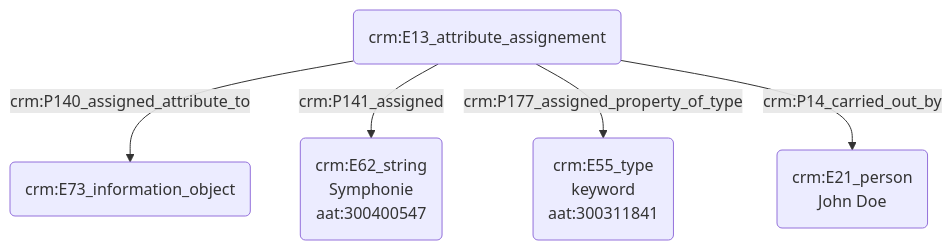
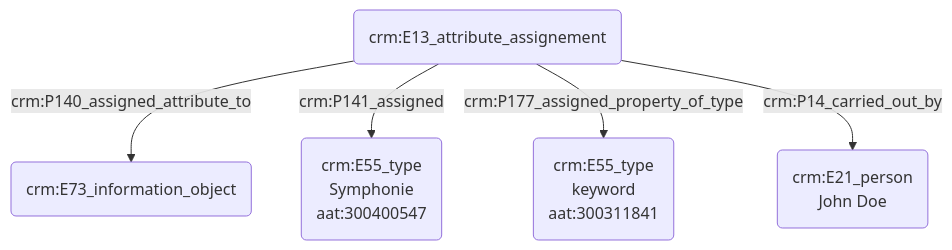
One commit to Amleth/consortium-musica2-gt2-ontologies changed the diagram in modules/livrables/Dossier 2/Indexation conceptuelle/indexation d'une source avec un mot-clé.md. Above: the diagram before and after it, drawn with Mermaid.

Commit message:
Update indexation d'une source avec un mot-clé.md

````diff
--- a/modules/livrables/Dossier 2/Indexation conceptuelle/indexation d'une source avec un mot-clé.md
+++ b/modules/livrables/Dossier 2/Indexation conceptuelle/indexation d'une source avec un mot-clé.md
@@ -17,9 +17,9 @@
 ```mermaid
 graph TD;
 
 D(crm:E13_attribute_assignement) --> |crm:P140_assigned_attribute_to| A(crm:E73_information_object)
-D(crm:E13_attribute_assignement) --> |crm:P141_assigned| B(crm:E62_string<br>Symphonie<br>aat:300400547)
+D(crm:E13_attribute_assignement) --> |crm:P141_assigned| B(crm:E55_type<br>Symphonie<br>aat:300400547)
 D(crm:E13_attribute_assignement) --> |crm:P177_assigned_property_of_type| C(crm:E55_type<br>keyword<br>aat:300311841)
 D(crm:E13_attribute_assignement) --> |crm:P14_carried_out_by| F(crm:E21_person<br>John Doe)
 
 ```
````
